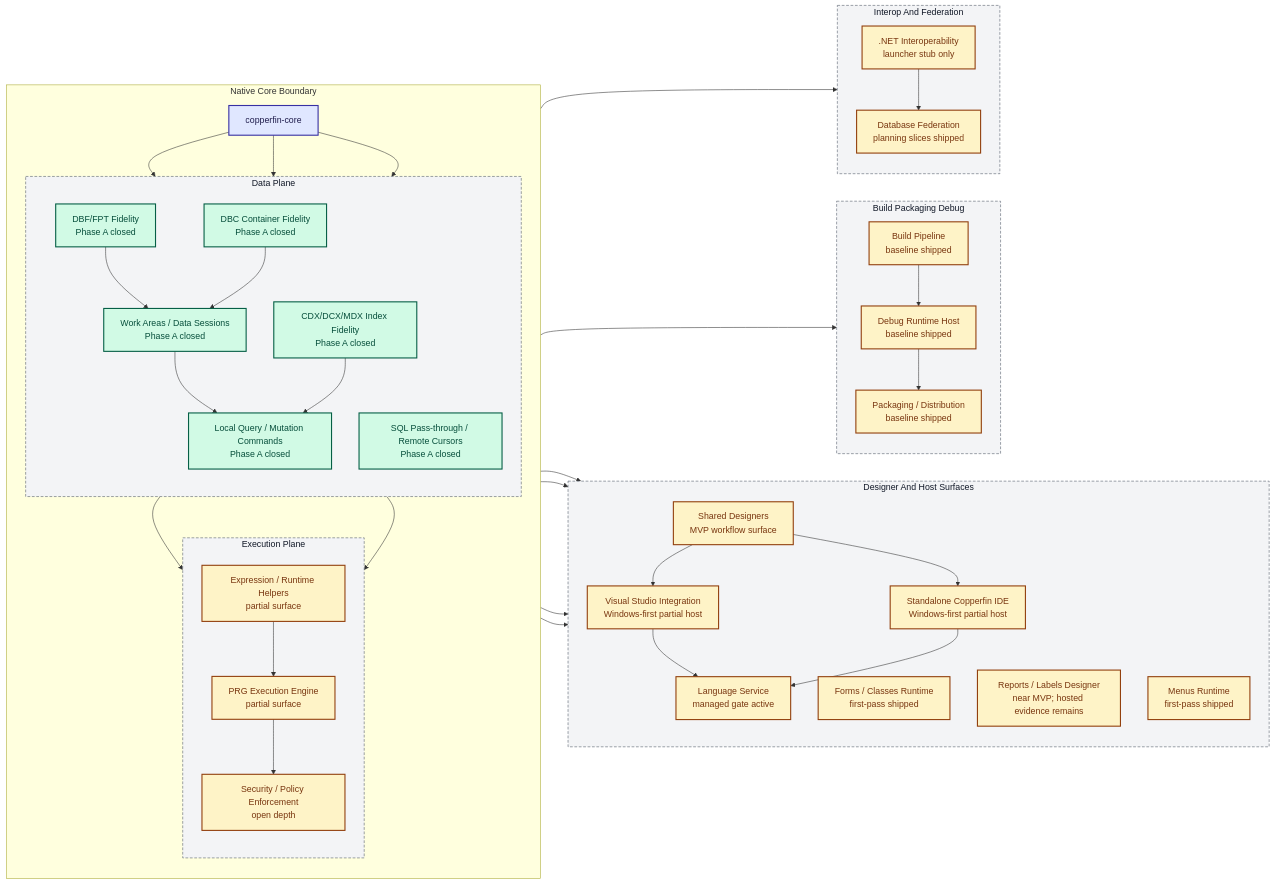
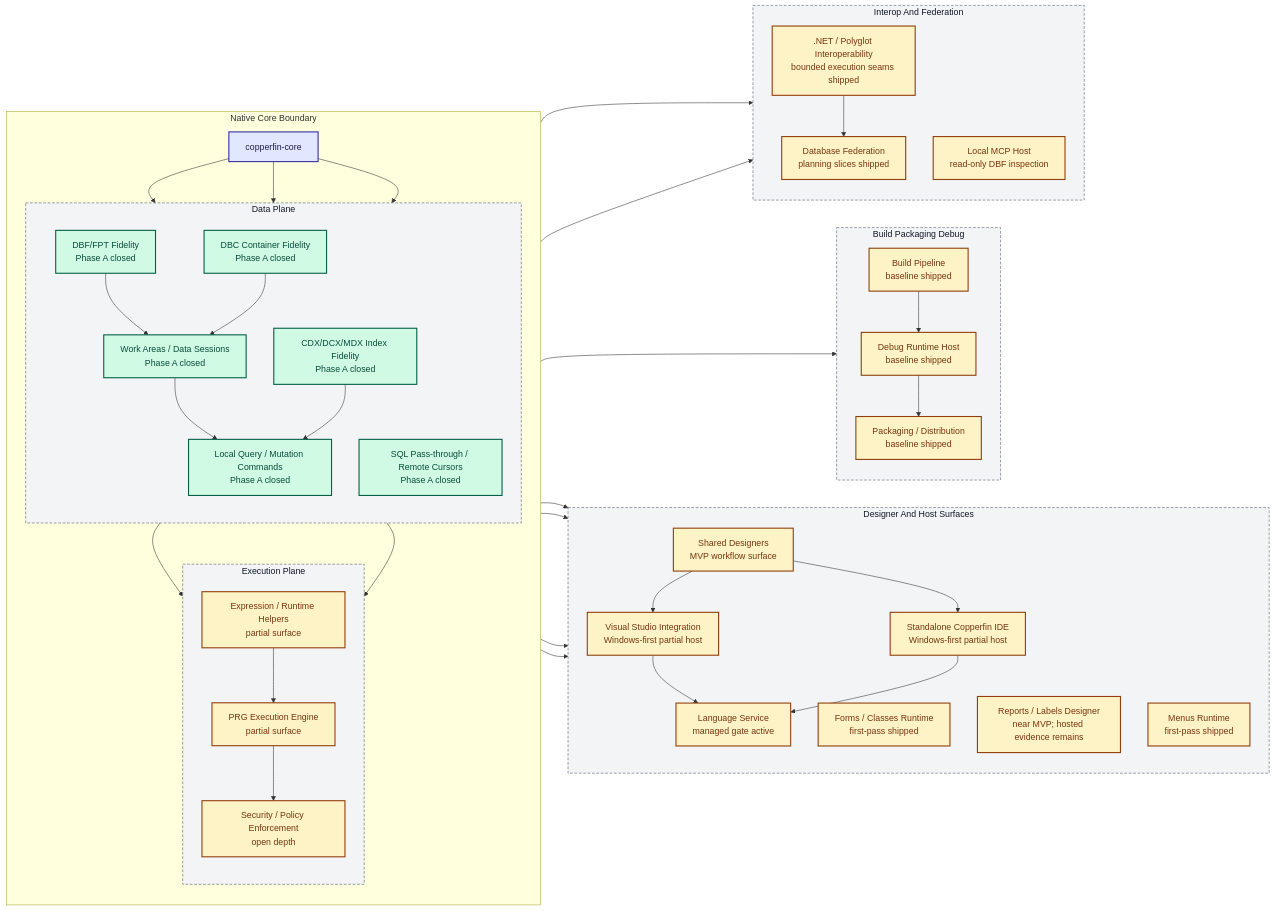
The diagram in docs/02-architecture.md (rhamenator/Project-Copperfin), drawn with Mermaid before and after one commit. The commit also changed other lines of this file and 27 other files, not shown here.

Commit message:
feat(mcp): add read-only DBF header host

````diff
--- a/docs/02-architecture.md
+++ b/docs/02-architecture.md
@@ -52,7 +52,8 @@
 
     subgraph Platform[Interop And Federation]
         direction TB
-        DOTNET[".NET Interoperability<br/>launcher stub only"]
+        DOTNET[".NET / Polyglot Interoperability<br/>bounded execution seams shipped"]
+        MCP["Local MCP Host<br/>read-only DBF inspection"]
         FED["Database Federation<br/>planning slices shipped"]
     end
 
@@ -76,6 +77,7 @@
 
     PRG --> BLD --> DBG --> PKG
     PRG --> DOTNET --> FED
+    DBF --> MCP
     PRG --> SEC
 
 
@@ -87,7 +89,7 @@
 
     class LQ,SQ done;
 
-    class PRG,EXP,SEC,DES,FORMS,RPT,MENU,VS,IDE,LS,BLD,DBG,PKG,DOTNET,FED partial;
+    class PRG,EXP,SEC,DES,FORMS,RPT,MENU,VS,IDE,LS,BLD,DBG,PKG,DOTNET,MCP,FED partial;
 
     class DataPlane,RuntimePlane,UXHosts,Toolchain,Platform seam;
 ```
````
